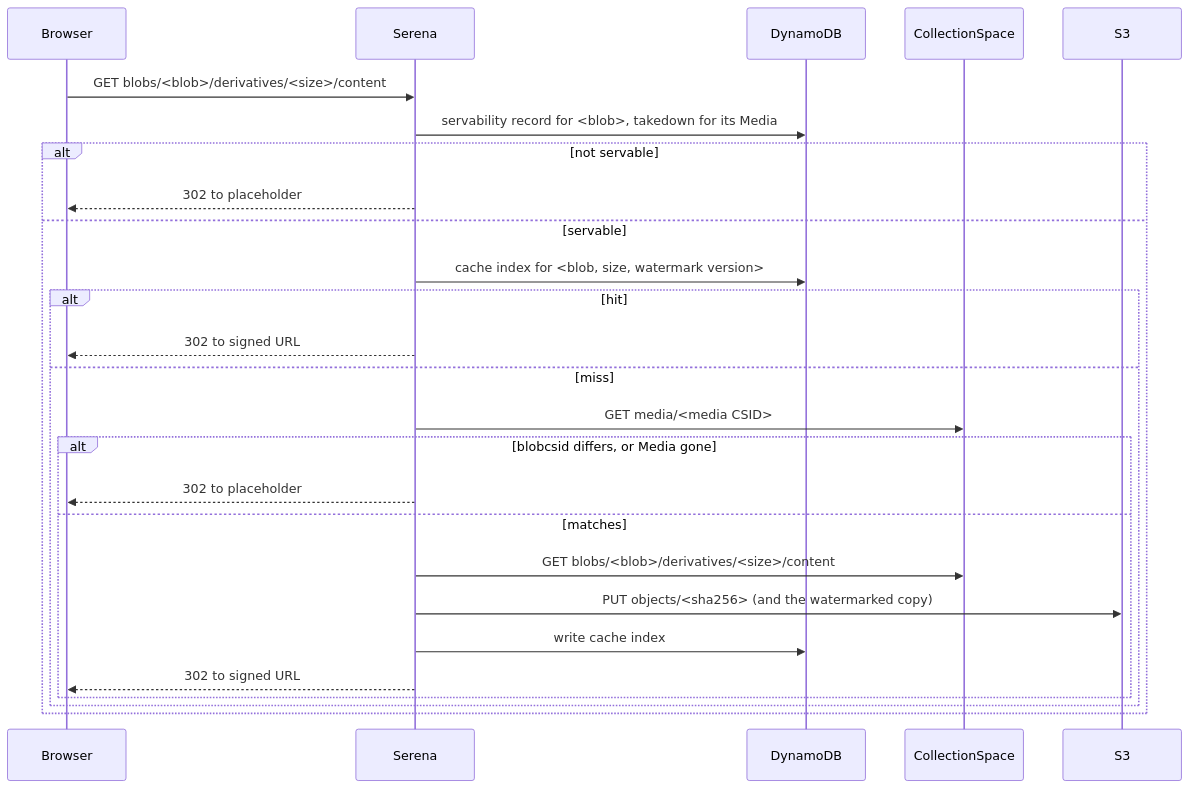
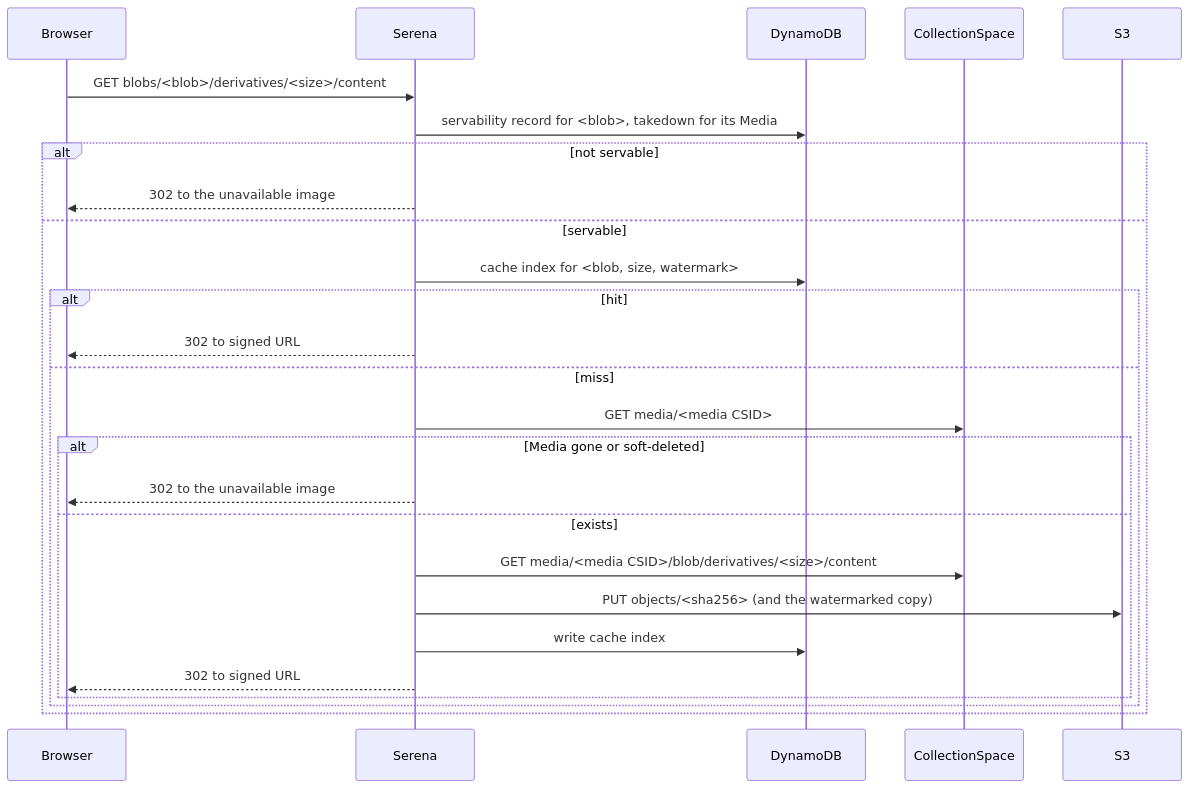
The second of 2 diagrams in docs/design.md (ets-berkeley-edu/cspace-media-server), drawn with Mermaid before and after one commit. The commit also changed other lines of this file and 3 other files, not shown here.

````diff
--- a/docs/design.md
+++ b/docs/design.md
@@ -166,28 +212,28 @@
 ```mermaid
 sequenceDiagram
   participant B as Browser
   participant S as Serena
   participant D as DynamoDB
   participant C as CollectionSpace
   participant K as S3
   B->>S: GET blobs/<blob>/derivatives/<size>/content
   S->>D: servability record for <blob>, takedown for its Media
   alt not servable
-    S-->>B: 302 to placeholder
+    S-->>B: 302 to the unavailable image
   else servable
-    S->>D: cache index for <blob, size, watermark version>
+    S->>D: cache index for <blob, size, watermark>
     alt hit
       S-->>B: 302 to signed URL
     else miss
       S->>C: GET media/<media CSID>
-      alt blobcsid differs, or Media gone
-        S-->>B: 302 to placeholder
-      else matches
-        S->>C: GET blobs/<blob>/derivatives/<size>/content
+      alt Media gone or soft-deleted
+        S-->>B: 302 to the unavailable image
+      else exists
+        S->>C: GET media/<media CSID>/blob/derivatives/<size>/content
         S->>K: PUT objects/<sha256> (and the watermarked copy)
         S->>D: write cache index
         S-->>B: 302 to signed URL
       end
     end
   end
 ```
````
